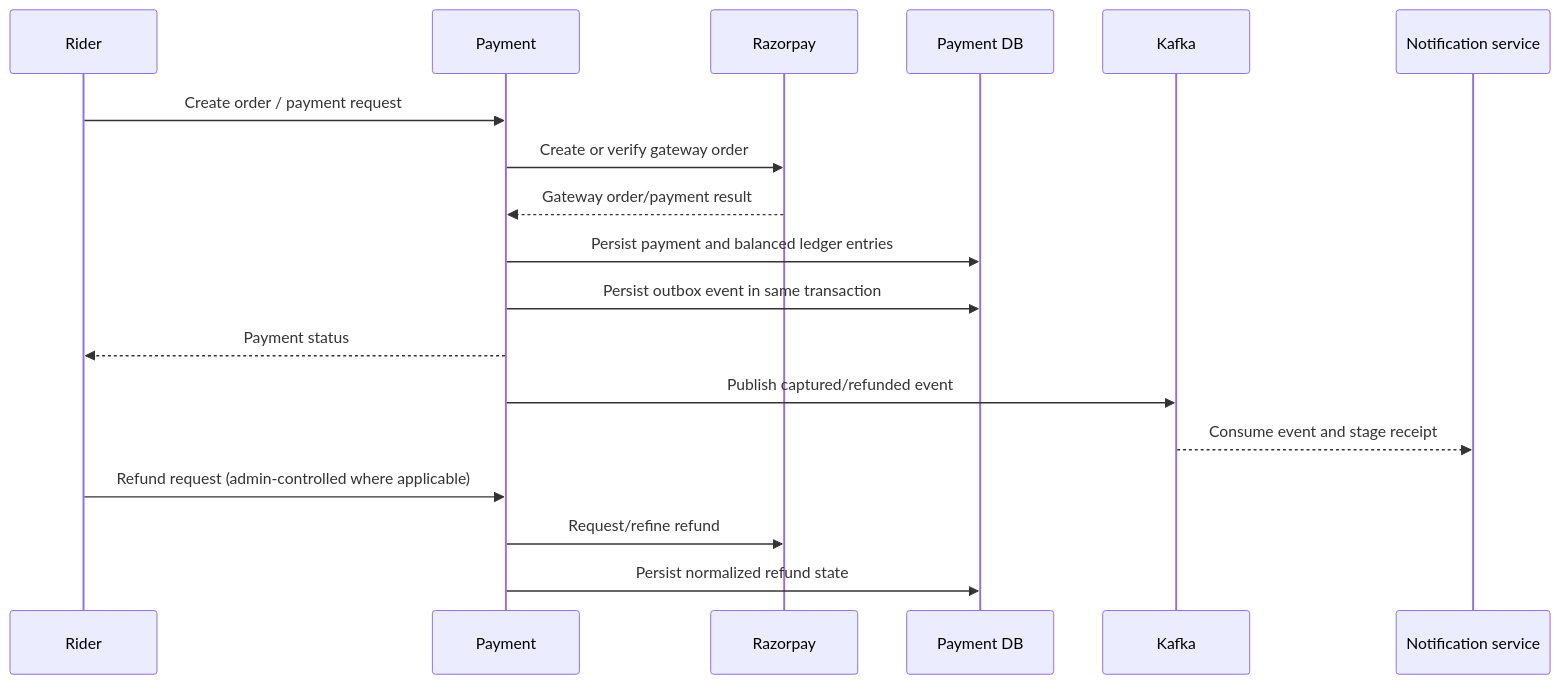
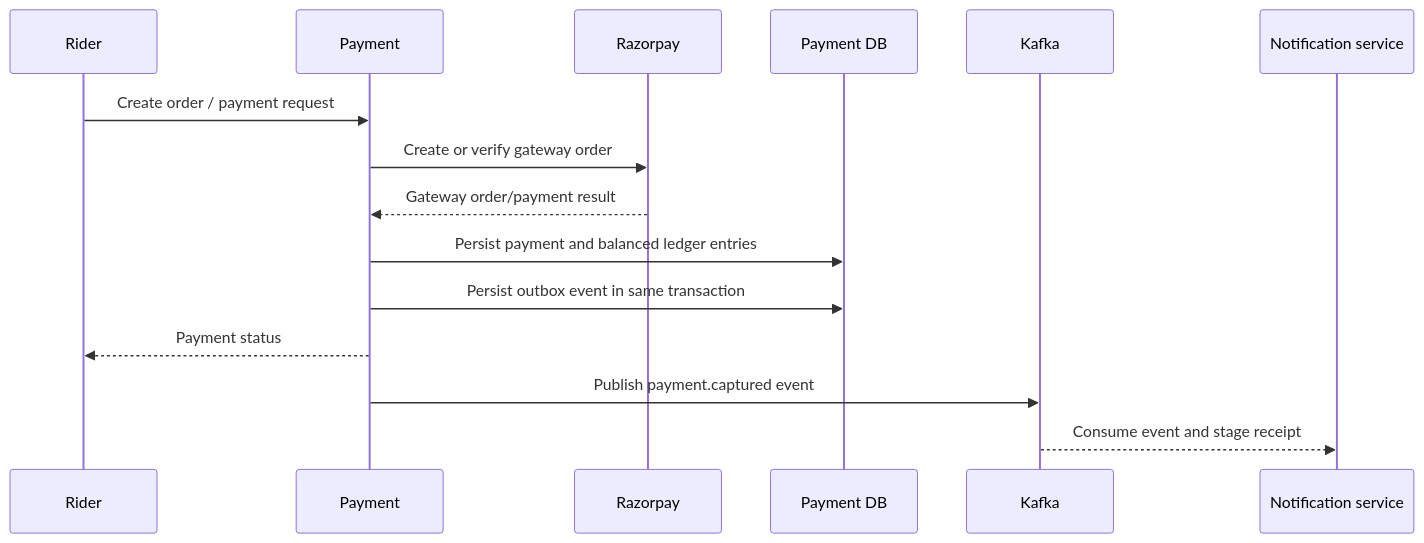
One commit to akshaygupta9874/urbanfleet-project changed the seventh of 10 diagrams in README.md. Above: the diagram before and after it, drawn with Mermaid. The commit also changed other lines of this file and 111 other files, not shown here.

````diff
--- a/README.md
+++ b/README.md
@@ -373,21 +373,21 @@
 ```mermaid
 sequenceDiagram
   participant Rider
   participant Payment
   participant Gateway as Razorpay
   participant DB as Payment DB
   participant Kafka
   participant Notify as Notification service
 
   Rider->>Payment: Create order / payment request
   Payment->>Gateway: Create or verify gateway order
   Gateway-->>Payment: Gateway order/payment result
   Payment->>DB: Persist payment and balanced ledger entries
   Payment->>DB: Persist outbox event in same transaction
   Payment-->>Rider: Payment status
-  Payment->>Kafka: Publish captured/refunded event
+  Payment->>Kafka: Publish payment.captured event
   Kafka-->>Notify: Consume event and stage receipt
-  Rider->>Payment: Refund request (admin-controlled where applicable)
-  Payment->>Gateway: Request/refine refund
-  Payment->>DB: Persist normalized refund state
+
+
+
 ```
````
